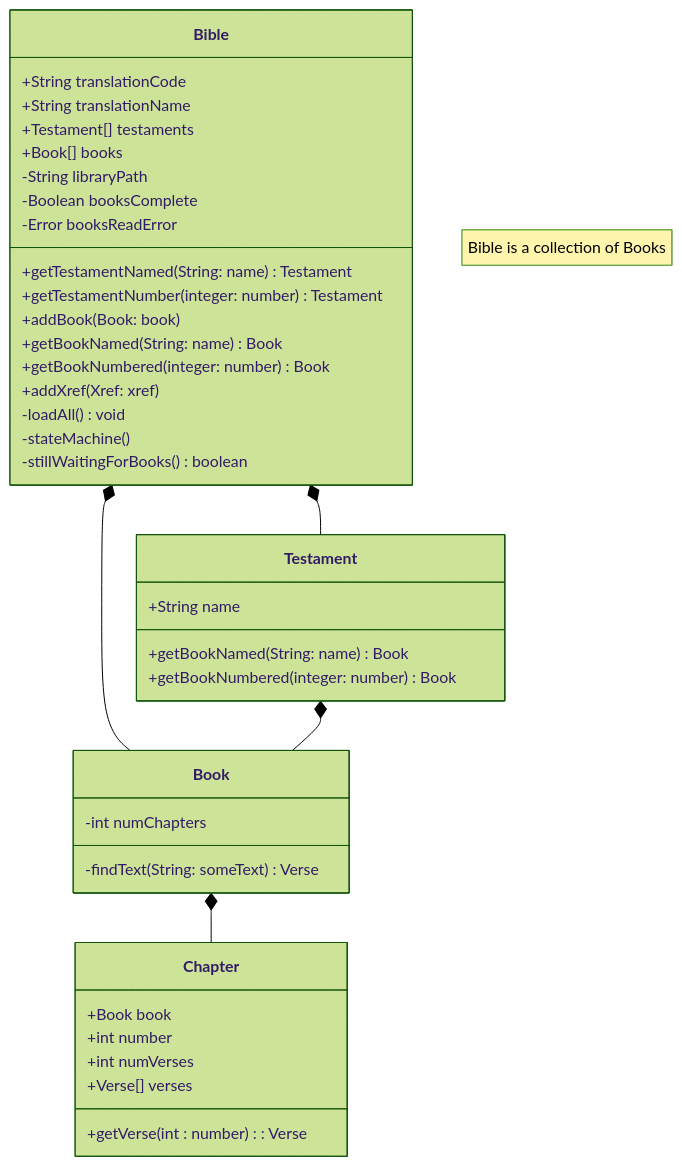
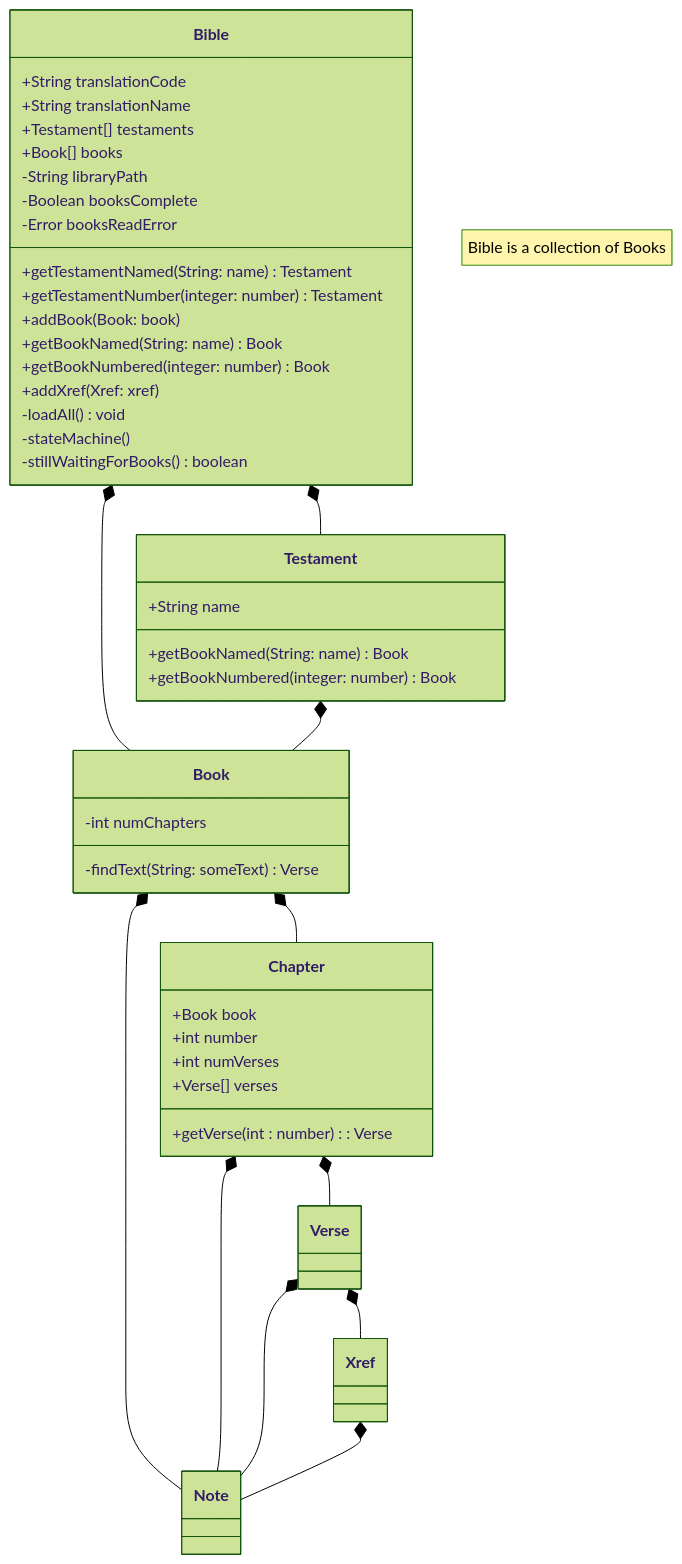
Before and after one commit to MichaelKentBurns/BibleModel: the diagram in ObjectModel/ObjectModel.md, drawn with Mermaid (forest theme). The commit also changed 2 other files, not shown here.

Commit message:
First steps on issue #14 - We need a browser App to create and edit notes.

````diff
--- a/ObjectModel/ObjectModel.md
+++ b/ObjectModel/ObjectModel.md
@@ -21,48 +21,54 @@
 ```mermaid
 classDiagram
     note "Bible is a collection of Books"
    
     class Bible {
         +String translationCode
         +String translationName
         +Testament[] testaments
         +Book[] books
         -String libraryPath
         -Boolean booksComplete
         -Error booksReadError
 
         +getTestamentNamed(String: name) Testament
         +getTestamentNumber(integer: number) Testament
         +addBook(Book: book)
         +getBookNamed(String: name) Book
         +getBookNumbered(integer: number) Book
         +addXref(Xref: xref)
         -loadAll() void
         -stateMachine() 
         -stillWaitingForBooks() boolean
     }
 
     Bible *-- Testament
     class Testament {
         +String name
         +getBookNamed(String: name) Book
         +getBookNumbered(integer: number) Book
     }
 
     Bible *-- Book 
     Testament *-- Book
     class Book {
         -int numChapters
         -findText( String: someText ) Verse
     }
     Book *-- Chapter
+    Book *-- Note
 
     class Chapter {
         +Book book
         +int number
         +int numVerses
         +Verse[] verses
         +getVerse( int : number ) : Verse
     }
+    Chapter *-- Verse
+    Chapter *-- Note
+    Verse *-- Note
+    Verse *-- Xref
+    Xref *-- Note
 
 ```
````
